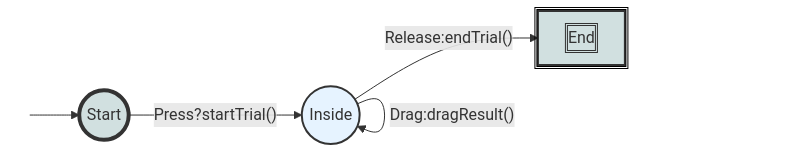
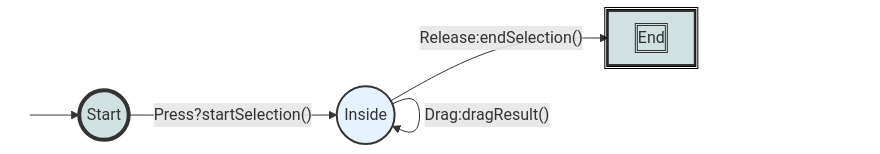
The diagram in assignments/menus.md (jmankoff/interaction), drawn with Mermaid before and after one commit. The commit also changed other lines of this file, not shown here.

```diff
--- a/assignments/menus.md
+++ b/assignments/menus.md
@@ -171,17 +171,17 @@
 <div class="mermaid">
 graph LR
 S((.)) --> A((Start))
-A -- "Press?startTrial()" --> I((Inside))
-I -- "Release:endTrial()" --> E[End]
+A -- "Press?startSelection()" --> I((Inside))
+I -- "Release:endSelection()" --> E[End]
 I -- "Drag:dragResult()" --> I
 
 classDef finish outline-style:double,fill:#d1e0e0,stroke:#333,stroke-width:2px;
 classDef normal fill:#e6f3ff,stroke:#333,stroke-width:2px;
 classDef start fill:#d1e0e0,stroke:#333,stroke-width:4px;
 classDef invisible fill:#FFFFFF,stroke:#FFFFFF,color:#FFFFFF
 
 class S invisible
 class A start
 class E finish
 class I normal
 </div>
```
